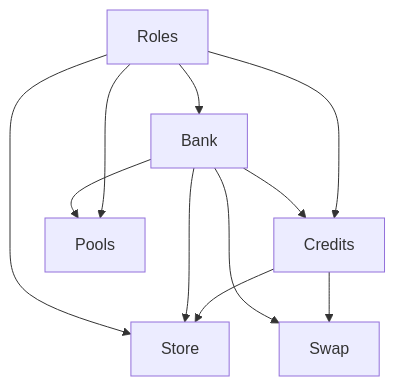
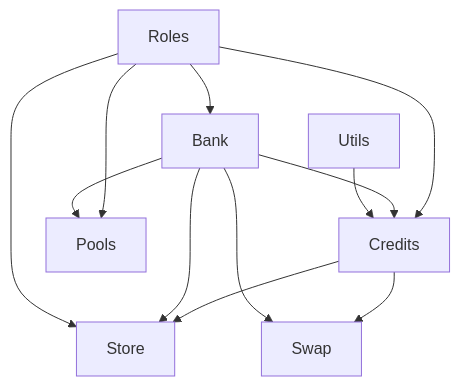
Before and after one commit to efforceio/efforce-webapp-smart-contracts: the diagram in README.md, drawn with Mermaid. The commit also changed 9 other files, not shown here.

````diff
--- a/README.md
+++ b/README.md
@@ -14,13 +14,14 @@
 ```mermaid
     graph TD;
         Roles --> Bank;
         Roles --> Credits;
         Bank --> Credits;
         Roles --> Pools;
         Bank --> Pools;
         Credits --> Store;
         Bank --> Store;
         Roles --> Store;
         Credits --> Swap;
         Bank --> Swap;
+        Utils --> Credits;
 ```
````
